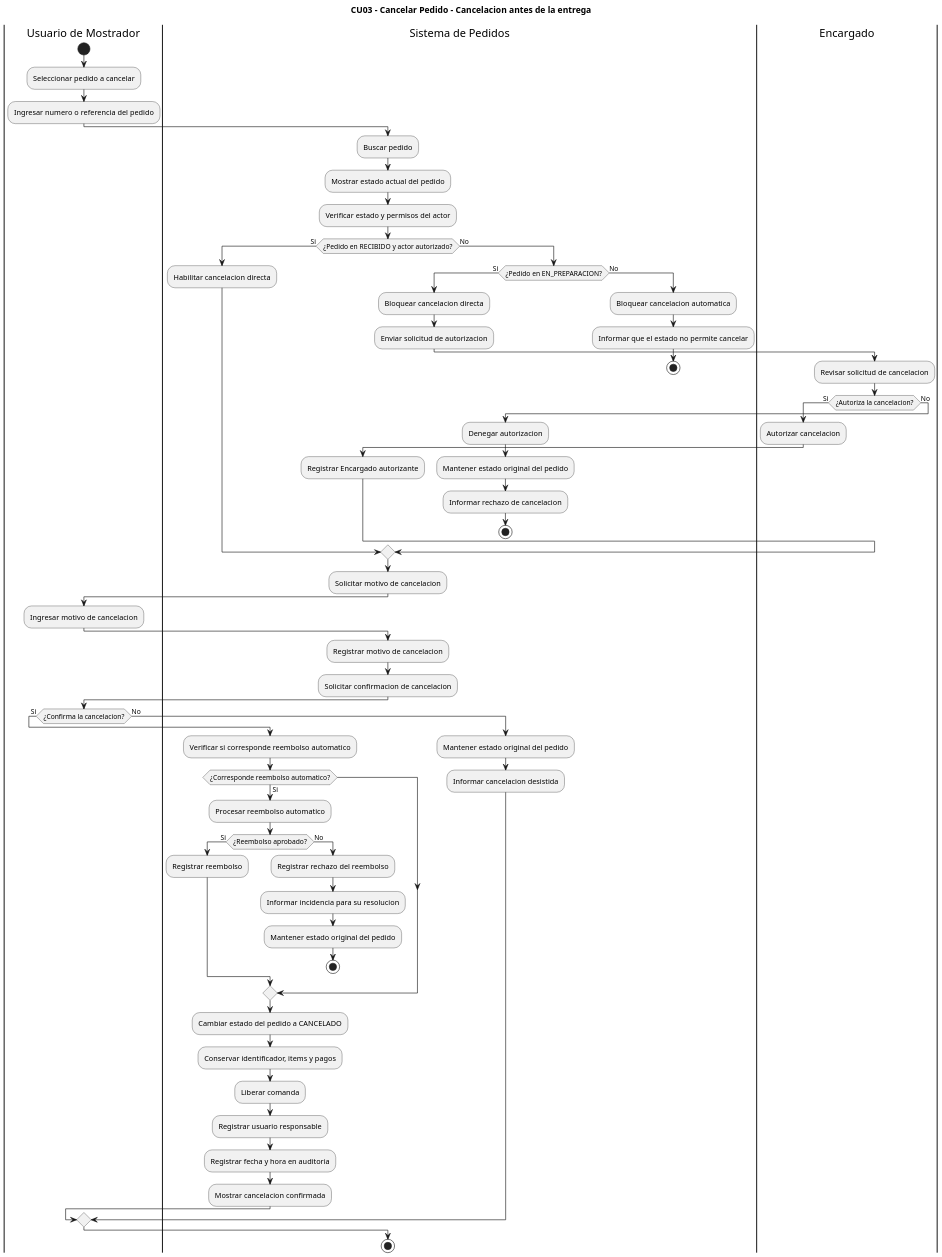
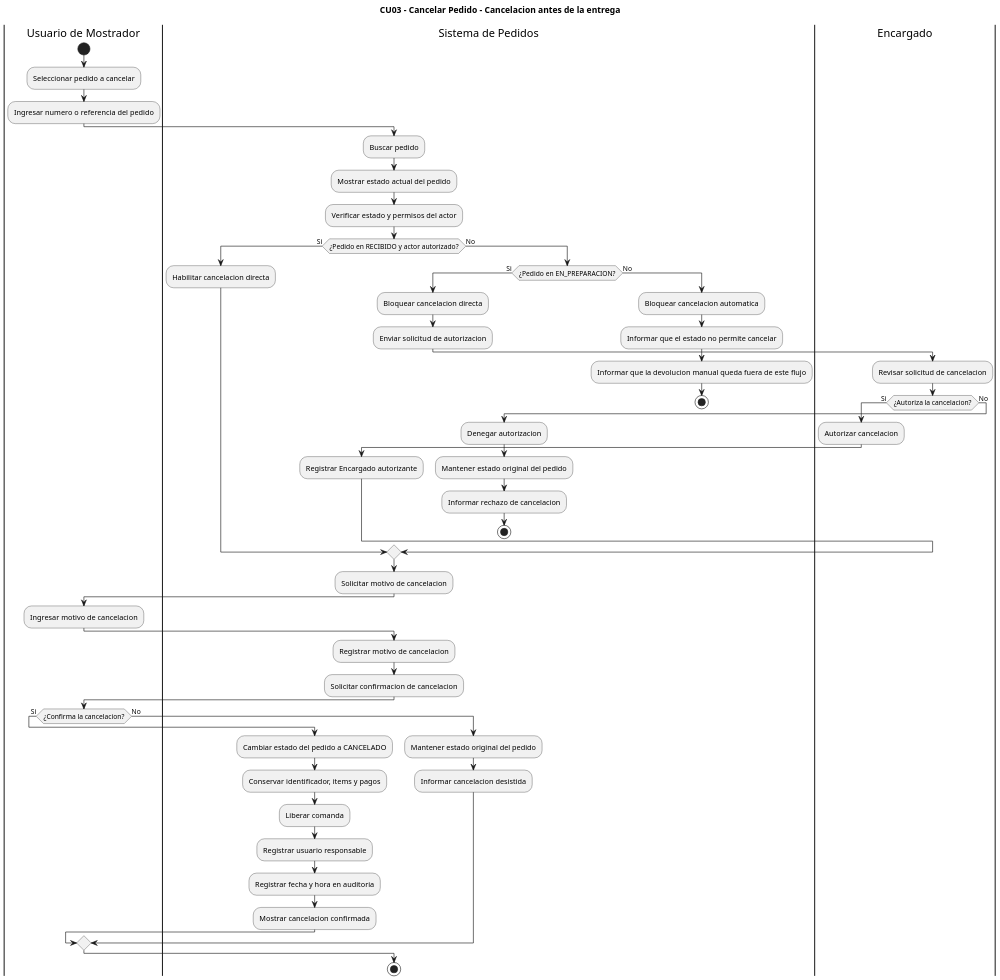
Before and after one commit to eloeyhe/SistemaPedidos: the diagram in diagramas/04-diagramas-actividades/04-actividad-cancelar-pedido-03.puml, drawn with PlantUML. The commit also changed 1 other file, not shown here.

Commit message:
Quito el reembolso del caso de uso y la actividad de CU03 segun RC10

```diff
--- a/diagramas/04-diagramas-actividades/04-actividad-cancelar-pedido-03.puml
+++ b/diagramas/04-diagramas-actividades/04-actividad-cancelar-pedido-03.puml
@@ -1,84 +1,70 @@
 @startuml
 title CU03 - Cancelar Pedido - Cancelacion antes de la entrega
 skinparam dpi 150
 skinparam shadowing false
 
 |Usuario de Mostrador|
 start
 :Seleccionar pedido a cancelar;
 :Ingresar numero o referencia del pedido;
 
 |Sistema de Pedidos|
 :Buscar pedido;
 :Mostrar estado actual del pedido;
 :Verificar estado y permisos del actor;
 
 if (¿Pedido en RECIBIDO y actor autorizado?) then (Si)
   :Habilitar cancelacion directa;
 else (No)
   if (¿Pedido en EN_PREPARACION?) then (Si)
     :Bloquear cancelacion directa;
     :Enviar solicitud de autorizacion;
     |Encargado|
     :Revisar solicitud de cancelacion;
     if (¿Autoriza la cancelacion?) then (Si)
       :Autorizar cancelacion;
       |Sistema de Pedidos|
       :Registrar Encargado autorizante;
     else (No)
       :Denegar autorizacion;
       |Sistema de Pedidos|
       :Mantener estado original del pedido;
       :Informar rechazo de cancelacion;
       stop
     endif
   else (No)
     :Bloquear cancelacion automatica;
     :Informar que el estado no permite cancelar;
+    :Informar que la devolucion manual queda fuera de este flujo;
     stop
   endif
 endif
 
 |Sistema de Pedidos|
 :Solicitar motivo de cancelacion;
 
 |Usuario de Mostrador|
 :Ingresar motivo de cancelacion;
 
 |Sistema de Pedidos|
 :Registrar motivo de cancelacion;
 :Solicitar confirmacion de cancelacion;
 
 |Usuario de Mostrador|
 if (¿Confirma la cancelacion?) then (Si)
   |Sistema de Pedidos|
-  :Verificar si corresponde reembolso automatico;
-
-if (¿Corresponde reembolso automatico?) then (Si)
-  :Procesar reembolso automatico;
-
-  if (¿Reembolso aprobado?) then (Si)
-    :Registrar reembolso;
-  else (No)
-    :Registrar rechazo del reembolso;
-    :Informar incidencia para su resolucion;
-    :Mantener estado original del pedido;
-    stop
-  endif
-endif
-
 :Cambiar estado del pedido a CANCELADO;
 :Conservar identificador, items y pagos;
 :Liberar comanda;
 :Registrar usuario responsable;
 :Registrar fecha y hora en auditoria;
 :Mostrar cancelacion confirmada;
 
 else (No)
   |Sistema de Pedidos|
   :Mantener estado original del pedido;
   :Informar cancelacion desistida;
 endif
 
 stop
 @enduml
```
